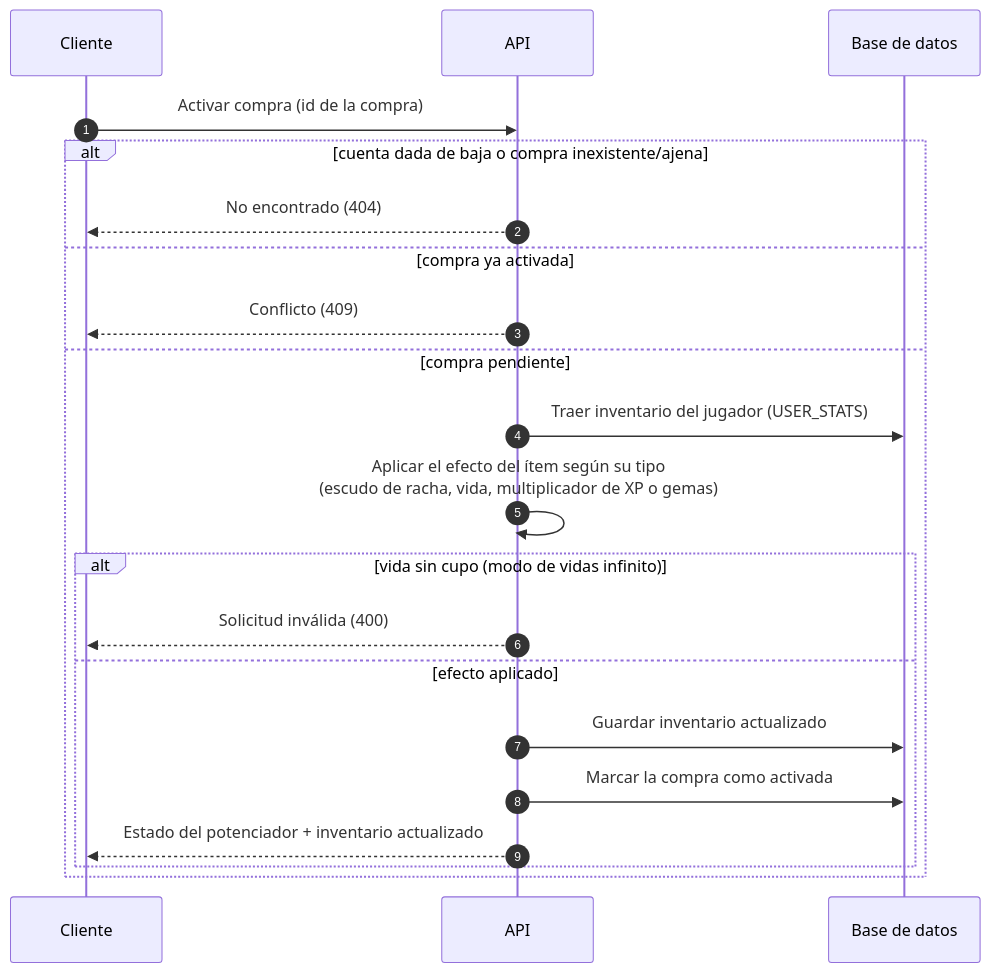
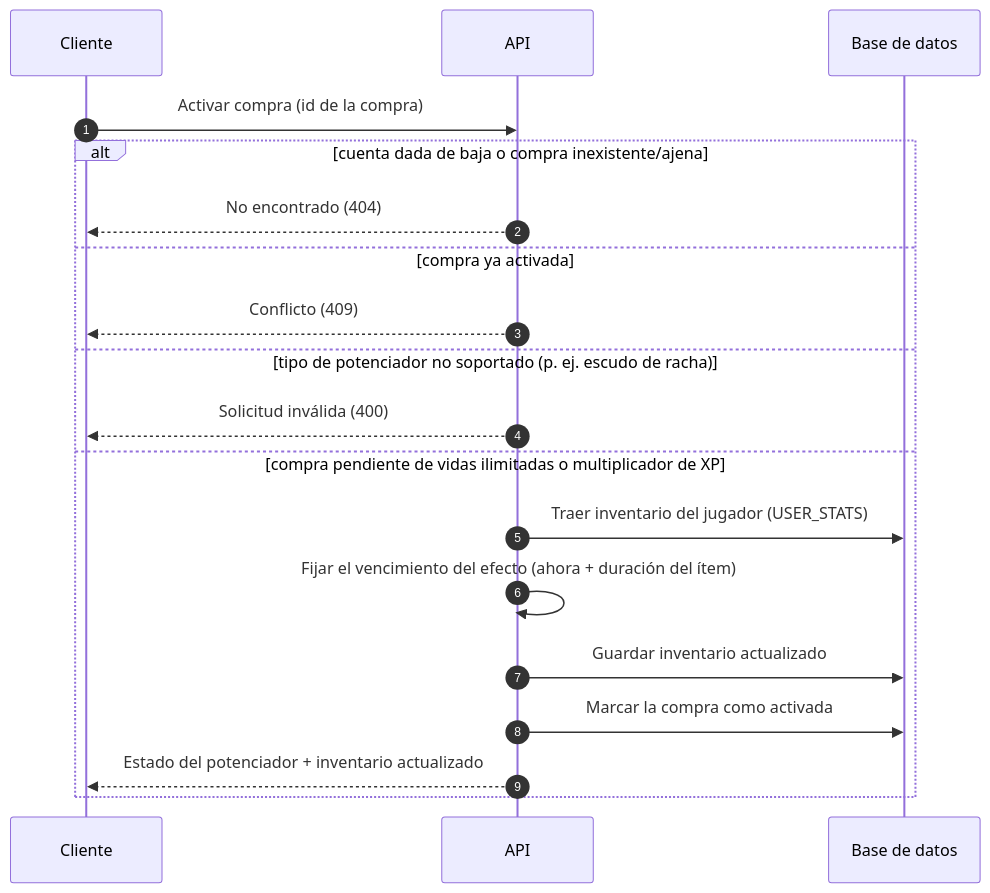
One commit to signasource/signa-api changed the eighth of 9 diagrams in docs/diagrams/sequence.md. Above: the diagram before and after it, drawn with Mermaid. The commit also changed other lines of this file and 10 other files, not shown here.

````diff
--- a/docs/diagrams/sequence.md
+++ b/docs/diagrams/sequence.md
@@ -164,24 +168,22 @@
 ```mermaid
 sequenceDiagram
     autonumber
     participant C as Cliente
     participant API as API
     participant DB as Base de datos
 
     C->>API: Activar compra (id de la compra)
     alt cuenta dada de baja o compra inexistente/ajena
         API-->>C: No encontrado (404)
     else compra ya activada
         API-->>C: Conflicto (409)
-    else compra pendiente
+    else tipo de potenciador no soportado (p. ej. escudo de racha)
+        API-->>C: Solicitud inválida (400)
+    else compra pendiente de vidas ilimitadas o multiplicador de XP
         API->>DB: Traer inventario del jugador (USER_STATS)
-        API->>API: Aplicar el efecto del ítem según su tipo<br/>(escudo de racha, vida, multiplicador de XP o gemas)
-        alt vida sin cupo (modo de vidas infinito)
-            API-->>C: Solicitud inválida (400)
-        else efecto aplicado
-            API->>DB: Guardar inventario actualizado
-            API->>DB: Marcar la compra como activada
-            API-->>C: Estado del potenciador + inventario actualizado
-        end
+        API->>API: Fijar el vencimiento del efecto (ahora + duración del ítem)
+        API->>DB: Guardar inventario actualizado
+        API->>DB: Marcar la compra como activada
+        API-->>C: Estado del potenciador + inventario actualizado
     end
 ```
````
